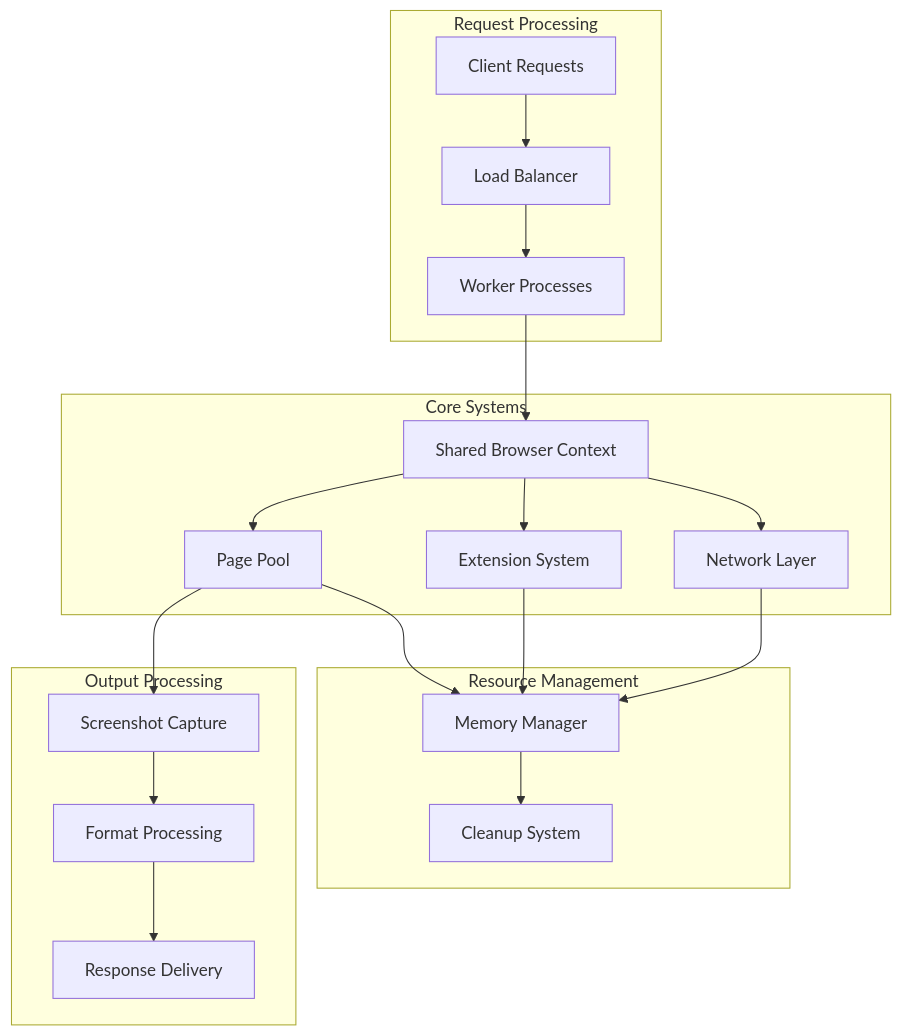
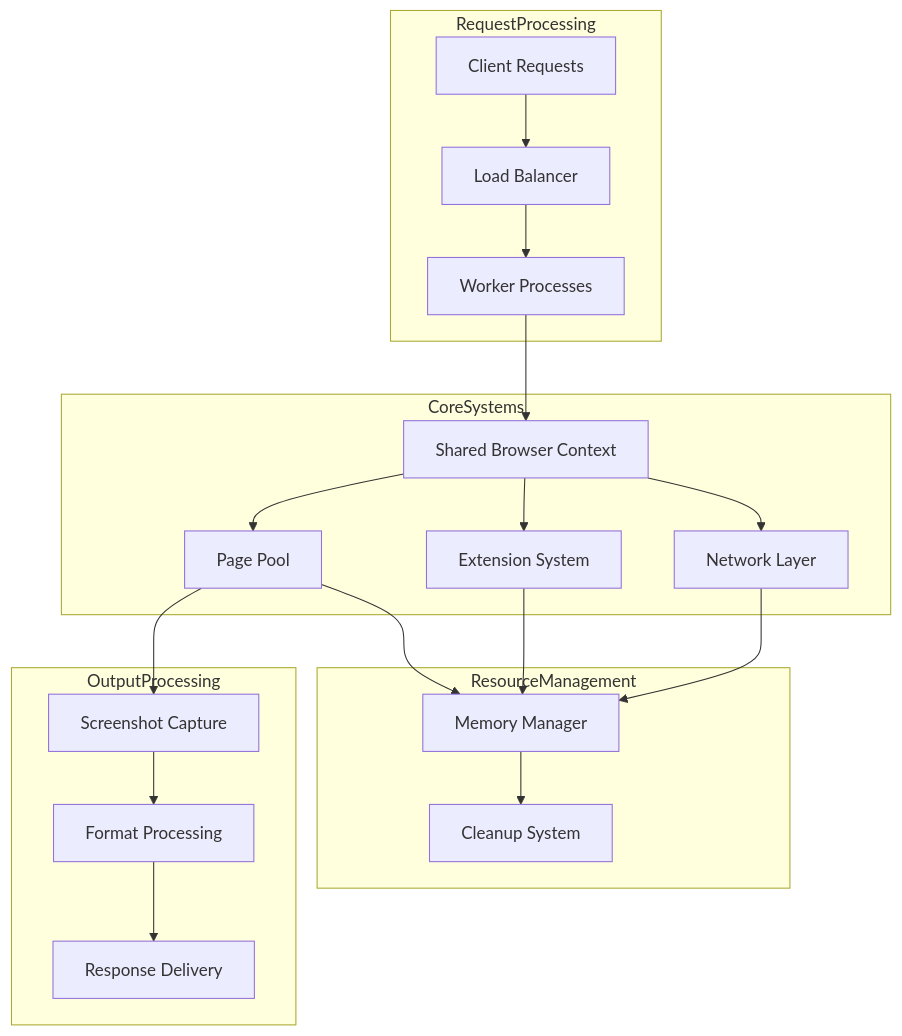
Before and after one commit to pixashot/docs: the first of 6 diagrams in core-concepts/index.md, drawn with Mermaid. The commit also changed other lines of this file and 2 other files, not shown here.

Commit message:
Fixed mermaid graphs

````diff
--- a/core-concepts/index.md
+++ b/core-concepts/index.md
@@ -18,27 +18,27 @@
 ```mermaid
 graph TD
-    subgraph "Request Processing"
+    subgraph RequestProcessing
         A[Client Requests] --> B[Load Balancer]
         B --> C[Worker Processes]
     end
     
-    subgraph "Core Systems"
+    subgraph CoreSystems
         C --> D[Shared Browser Context]
         D --> E[Page Pool]
         D --> F[Extension System]
         D --> G[Network Layer]
     end
     
-    subgraph "Resource Management"
+    subgraph ResourceManagement
         E --> H[Memory Manager]
         F --> H
         G --> H
         H --> I[Cleanup System]
     end
     
-    subgraph "Output Processing"
+    subgraph OutputProcessing
         E --> J[Screenshot Capture]
         J --> K[Format Processing]
         K --> L[Response Delivery]
     end
 ```
````
